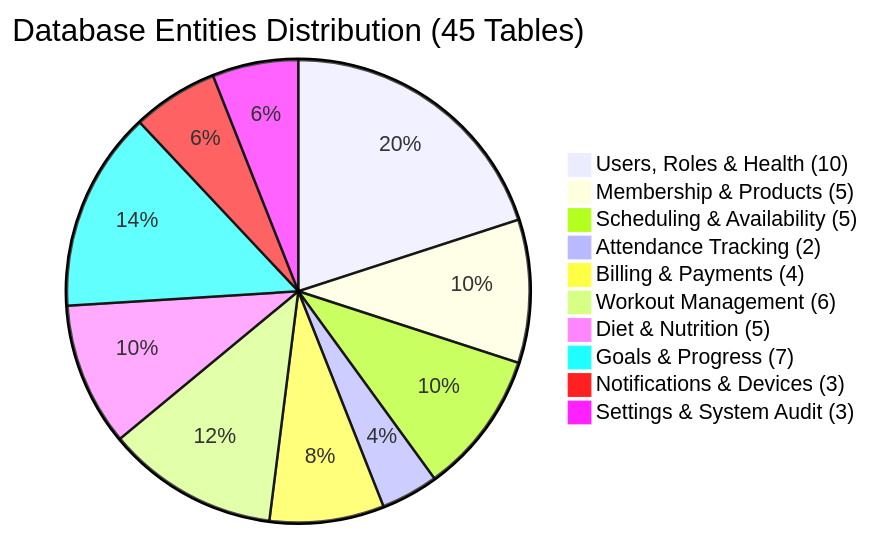
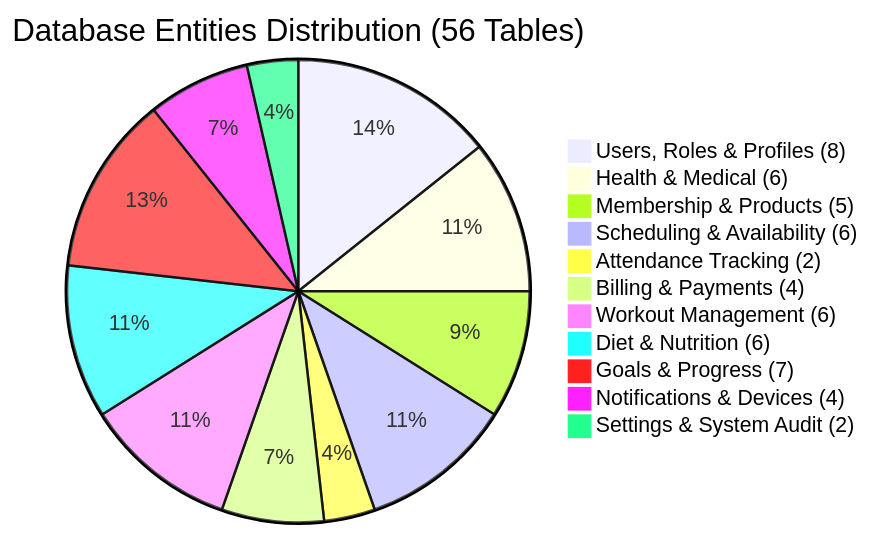
Before and after one commit to shabibmr/luxeknox: the diagram in docs/database-entities.md, drawn with Mermaid. The commit also changed other lines of this file and 1255 other files, not shown here.

````diff
--- a/docs/database-entities.md
+++ b/docs/database-entities.md
@@ -18,13 +22,14 @@
 ```mermaid
-pie title Database Entities Distribution (45 Tables)
-    "Users, Roles & Health (10)" : 10
+pie title Database Entities Distribution (56 Tables)
+    "Users, Roles & Profiles (8)" : 8
+    "Health & Medical (6)" : 6
     "Membership & Products (5)" : 5
-    "Scheduling & Availability (5)" : 5
+    "Scheduling & Availability (6)" : 6
     "Attendance Tracking (2)" : 2
     "Billing & Payments (4)" : 4
     "Workout Management (6)" : 6
-    "Diet & Nutrition (5)" : 5
+    "Diet & Nutrition (6)" : 6
     "Goals & Progress (7)" : 7
-    "Notifications & Devices (3)" : 3
-    "Settings & System Audit (3)" : 3
+    "Notifications & Devices (4)" : 4
+    "Settings & System Audit (2)" : 2
 ```
````
